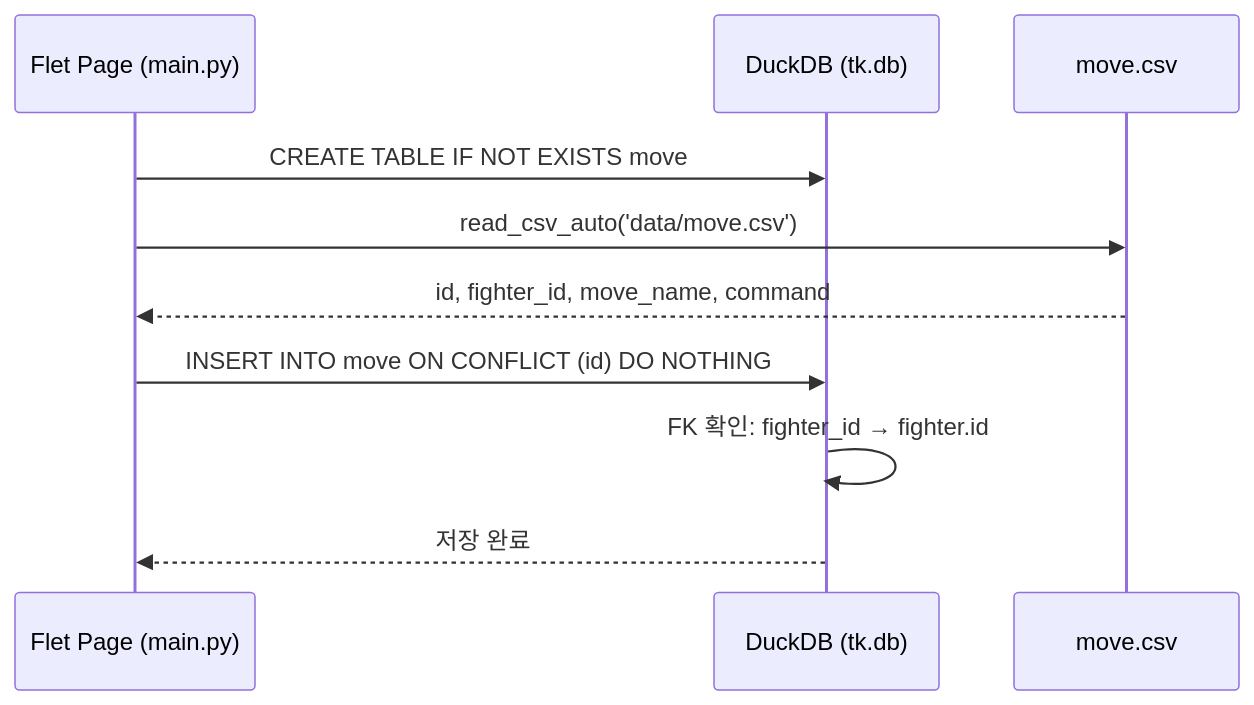
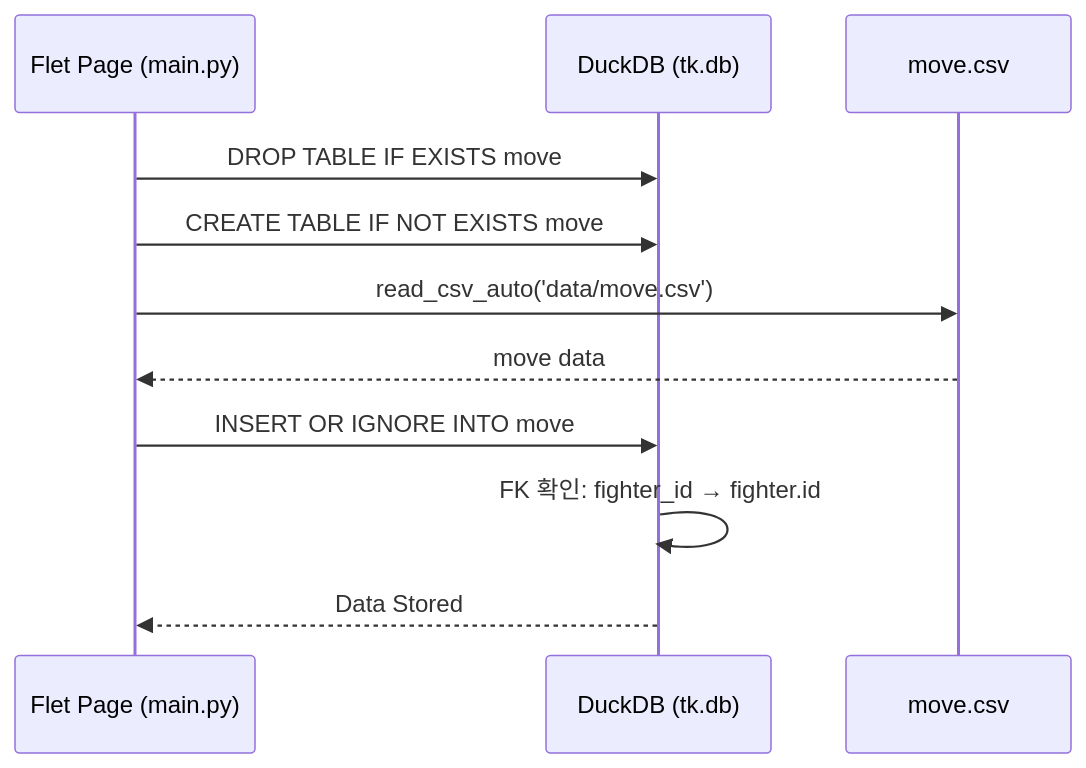
One commit to joohone570/tekken-db changed the diagram in mermaid/move.md. Above: the diagram before and after it, drawn with Mermaid. The commit also changed 3 other files, not shown here.

````diff
--- a/mermaid/move.md
+++ b/mermaid/move.md
@@ -1,13 +1,14 @@
 ```mermaid
 sequenceDiagram
     participant Page as Flet Page (main.py)
     participant DB as DuckDB (tk.db)
     participant CSV as move.csv
 
+     Page->>DB: DROP TABLE IF EXISTS move
     Page->>DB: CREATE TABLE IF NOT EXISTS move
     Page->>CSV: read_csv_auto('data/move.csv')
-    CSV-->>Page: id, fighter_id, move_name, command
-    Page->>DB: INSERT INTO move ON CONFLICT (id) DO NOTHING
+    CSV-->>Page: move data
+    Page->>DB: INSERT OR IGNORE INTO move 
     DB->>DB: FK 확인: fighter_id → fighter.id
-    DB-->>Page: 저장 완료
+    DB-->>Page: Data Stored
 ```
````
